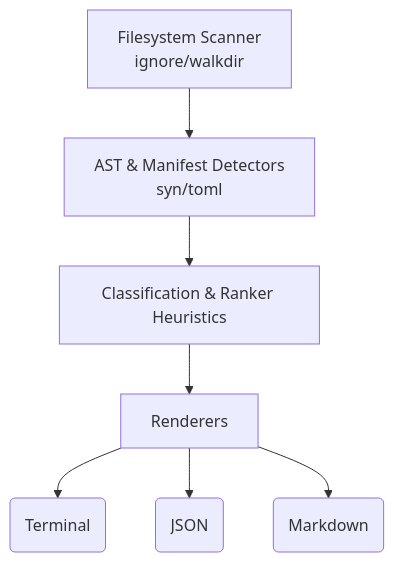
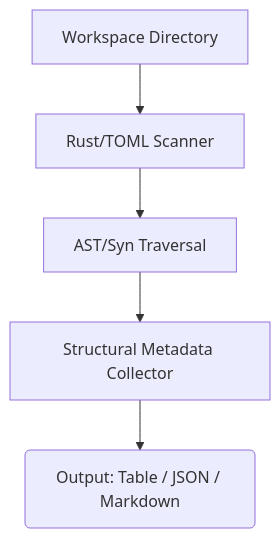
Before and after one commit to STELLAR-PATH/stellarpath-cli: the diagram in README.md, drawn with Mermaid. The commit also changed other lines of this file and 1 other file, not shown here.

````diff
--- a/README.md
+++ b/README.md
@@ -13,9 +22,7 @@
 ```mermaid
 graph TD
-    A[Filesystem Scanner<br/>ignore/walkdir] --> B[AST & Manifest Detectors<br/>syn/toml]
-    B --> C[Classification & Ranker Heuristics]
-    C --> D[Renderers]
-    D --> E(Terminal)
-    D --> F(JSON)
-    D --> G(Markdown)
+    A[Workspace Directory] --> B[Rust/TOML Scanner]
+    B --> C[AST/Syn Traversal]
+    C --> D[Structural Metadata Collector]
+    D --> E(Output: Table / JSON / Markdown)
 ```
````
